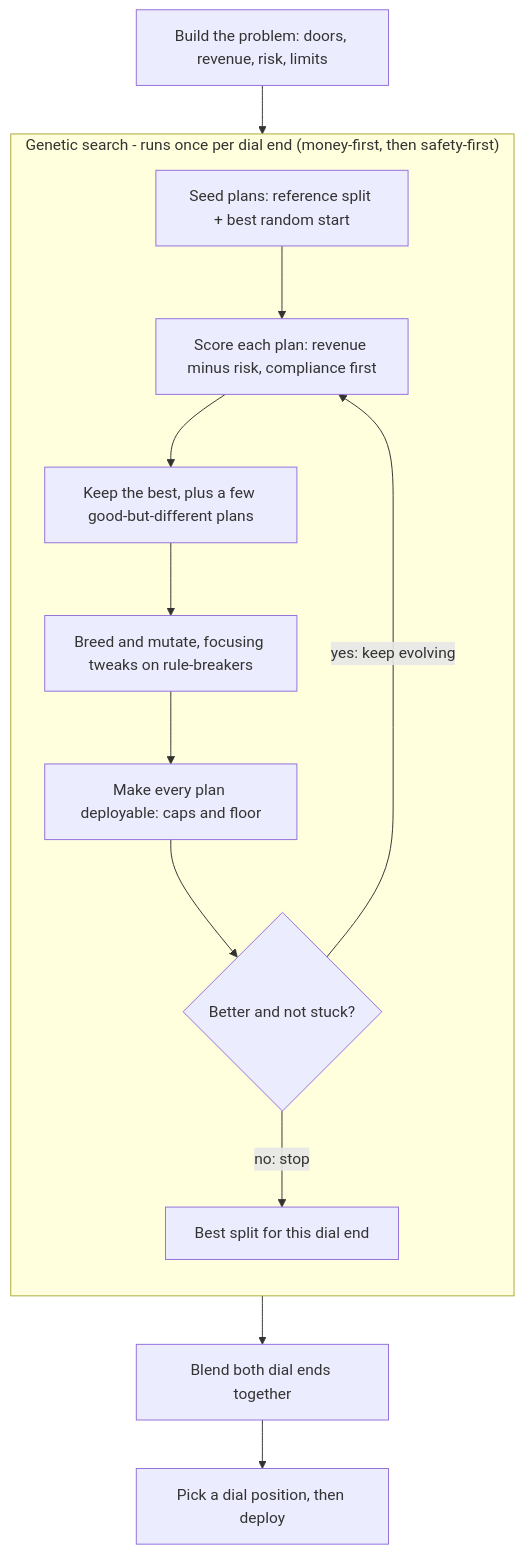
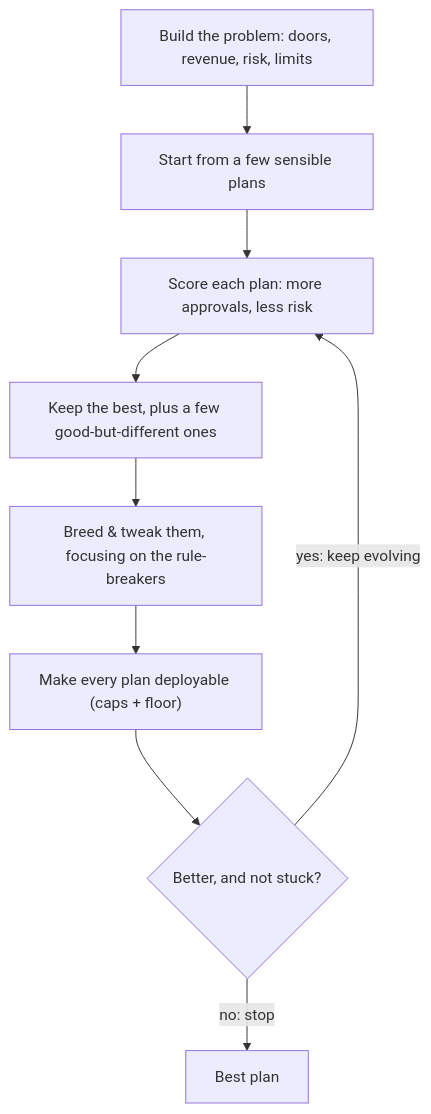
One commit to BenCookTS1996/mid-split-interface changed the fourth of 4 diagrams in README.md. Above: the diagram before and after it, drawn with Mermaid. The commit also changed other lines of this file and 21 other files, not shown here.

````diff
--- a/README.md
+++ b/README.md
@@ -187,20 +142,12 @@
 ```mermaid
 flowchart TD
     A["Build the problem: doors, revenue, risk, limits"]
-    subgraph GA ["Genetic search - runs once per dial end (money-first, then safety-first)"]
-        direction TB
-        S1["Seed plans: reference split + best random start"]
-        S2["Score each plan: revenue minus risk, compliance first"]
-        S3["Keep the best, plus a few good-but-different plans"]
-        S4["Breed and mutate, focusing tweaks on rule-breakers"]
-        S5["Make every plan deployable: caps and floor"]
-        S6{"Better and not stuck?"}
-        S7["Best split for this dial end"]
-        S1 --> S2 --> S3 --> S4 --> S5 --> S6
-        S6 -->|"yes: keep evolving"| S2
-        S6 -->|"no: stop"| S7
-    end
-    A --> S1
-    S7 --> C["Blend both dial ends together"]
-    C --> D["Pick a dial position, then deploy"]
+    A --> S1["Start from a few sensible plans"]
+    S1 --> S2["Score each plan: more approvals, less risk"]
+    S2 --> S3["Keep the best, plus a few good-but-different ones"]
+    S3 --> S4["Breed & tweak them, focusing on the rule-breakers"]
+    S4 --> S5["Make every plan deployable (caps + floor)"]
+    S5 --> S6{"Better, and not stuck?"}
+    S6 -->|"yes: keep evolving"| S2
+    S6 -->|"no: stop"| S7["Best plan"]
 ```
````
